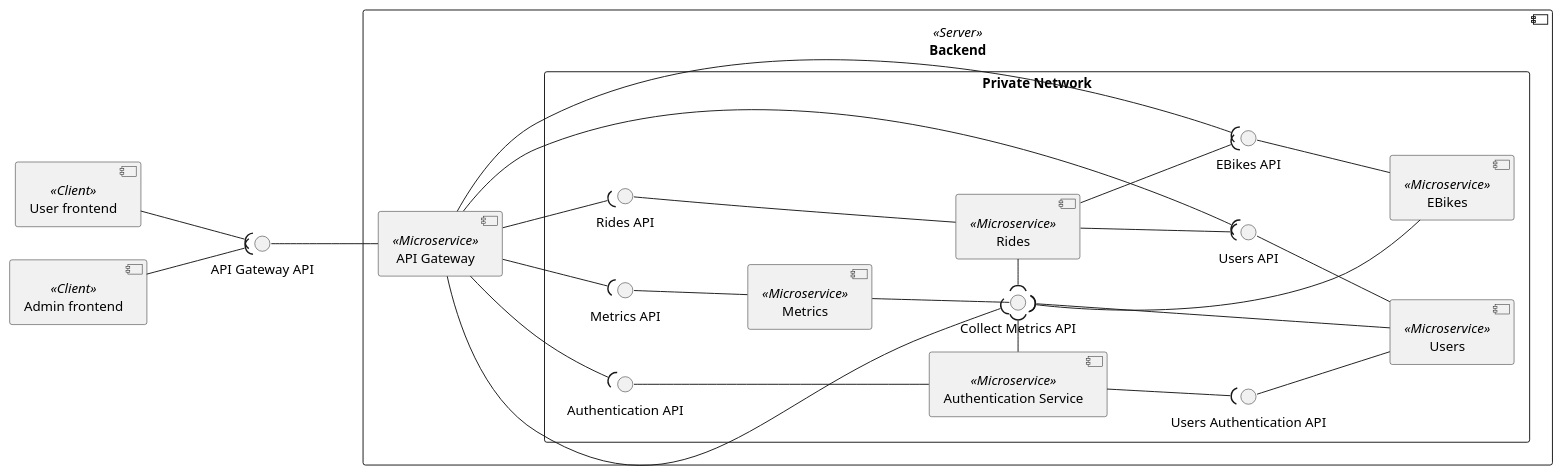
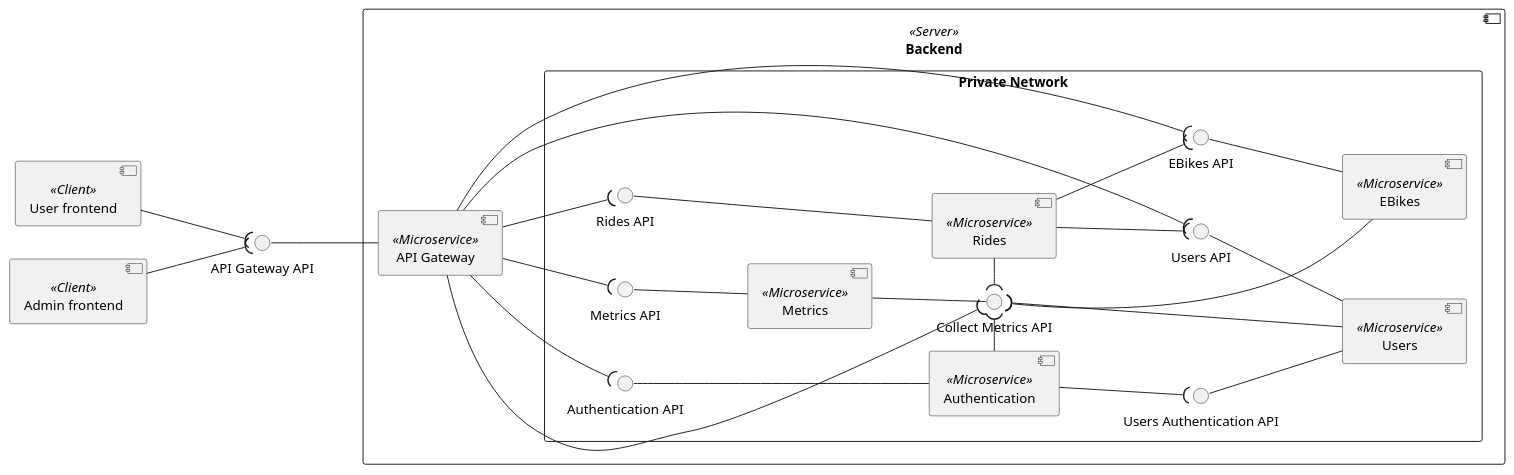
The diagram in doc/diagrams/src/components.puml (Ventus218/SAP-assignment-02), drawn with PlantUML before and after one commit. The commit also changed 4 other files, not shown here.

Commit message:
Renamed authentication service to authentication

```diff
--- a/doc/diagrams/src/components.puml
+++ b/doc/diagrams/src/components.puml
@@ -1,61 +1,61 @@
 @startuml components
 
 left to right direction
 
 component "User frontend" as UserFE <<Client>>
 component "Admin frontend" as AdminFE <<Client>>
 
 component Backend <<Server>> {
     component "API Gateway" <<Microservice>> as APIGateway
 
     rectangle "Private Network" {
         component "Metrics" <<Microservice>> as Metrics
         interface "Metrics API" as MetricsAPI
         interface "Collect Metrics API" as CollectMetricsAPI
 
         component "EBikes" <<Microservice>> as EBikes
         interface "EBikes API" as EBikesAPI
         
         component "Users" <<Microservice>> as Users
         interface "Users API" as UsersAPI
 
         component "Rides" <<Microservice>> as Rides
         interface "Rides API" as RidesAPI
 
-        component "Authentication Service" <<Microservice>> as AuthService
+        component "Authentication" <<Microservice>> as AuthService
         interface "Authentication API" as AuthAPI
         interface "Users Authentication API" as UserAuthAPI
 
         APIGateway --( MetricsAPI
         APIGateway --( CollectMetricsAPI
         Metrics -u-() MetricsAPI
 
         Metrics --() CollectMetricsAPI
 
         APIGateway --( EBikesAPI
         EBikes -u-() EBikesAPI
         EBikes -u-( CollectMetricsAPI
 
         APIGateway --( UsersAPI
         Users -u-() UsersAPI
         Users -u-() UserAuthAPI
         Users -u-( CollectMetricsAPI
 
         APIGateway --( RidesAPI
         Rides --u-() RidesAPI
         Rides --( UsersAPI
         Rides --( EBikesAPI
         Rides -l-( CollectMetricsAPI
 
         APIGateway --( AuthAPI
         AuthService --u-() AuthAPI
         AuthService --( UserAuthAPI
         AuthService -r-( CollectMetricsAPI
     }
 }
 
 APIGateway -u-() "API Gateway API"
 UserFE --( "API Gateway API"
 AdminFE --( "API Gateway API"
 
 @enduml
```
